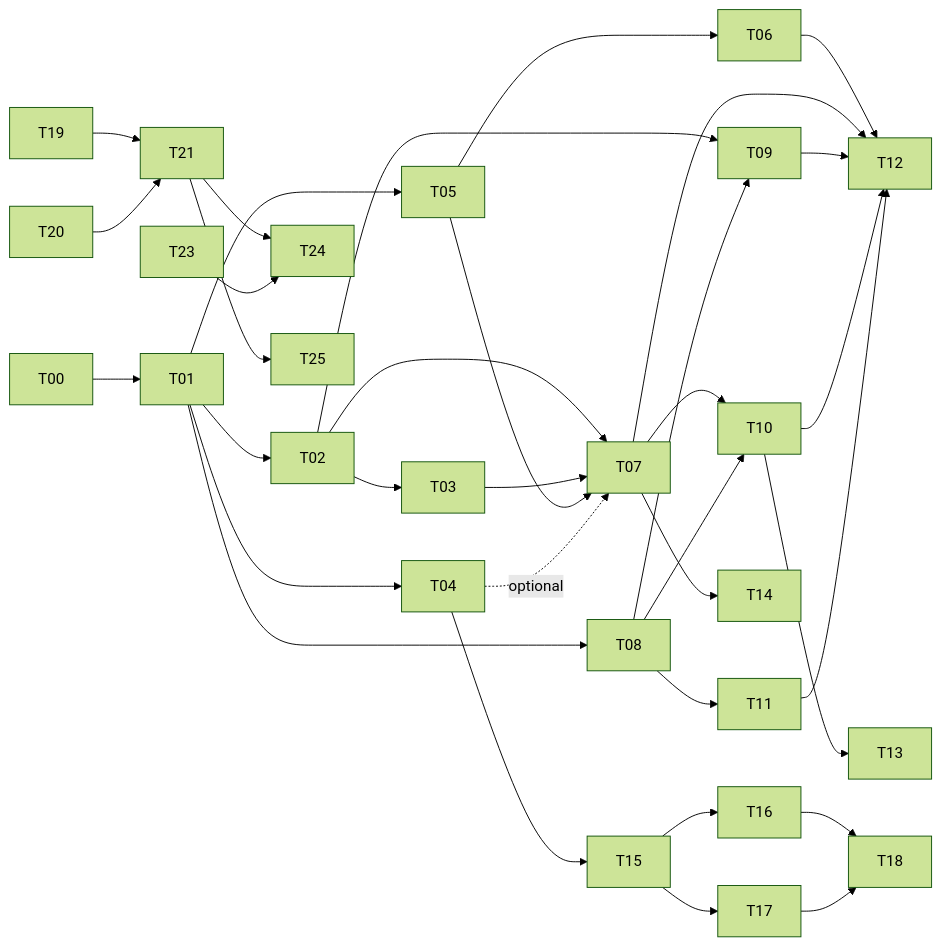
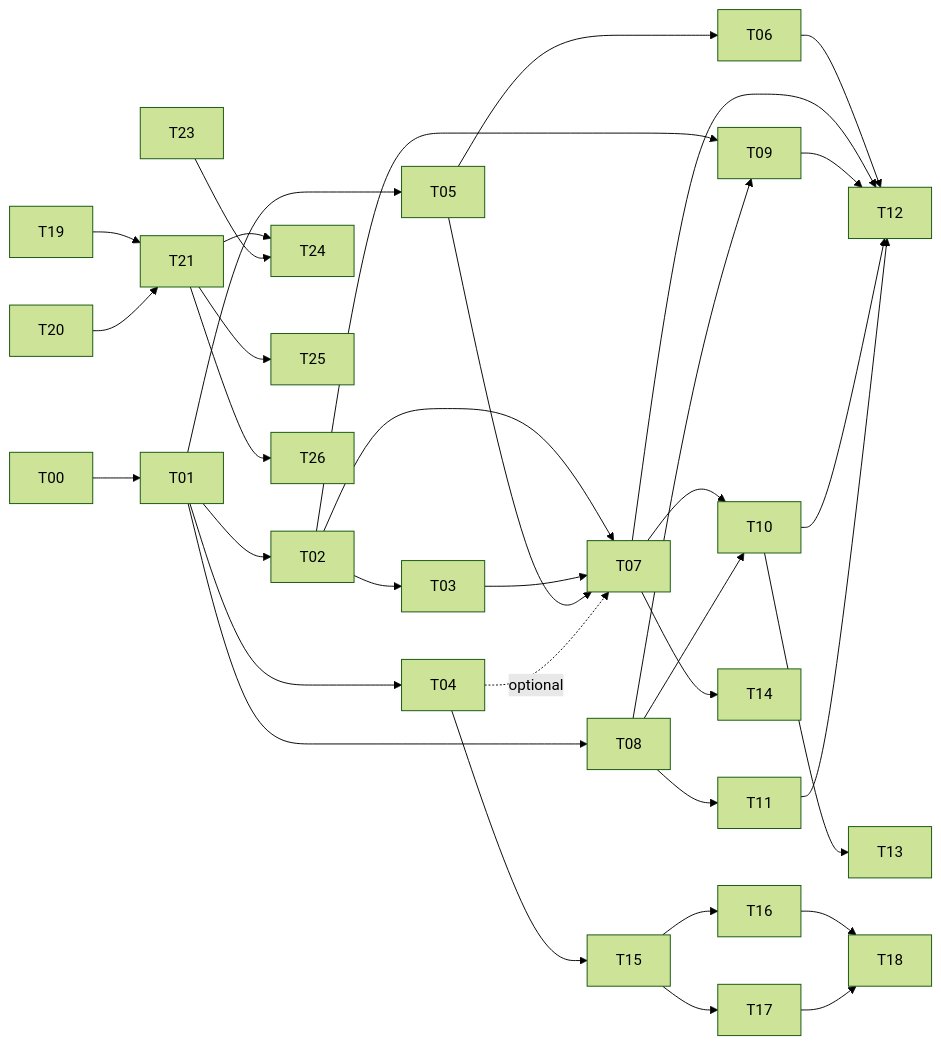
The diagram in tickets/README.md (ankur-paul/schedule-optimizer), drawn with Mermaid (forest theme) before and after one commit. The commit also changed other lines of this file and 1 other file, not shown here.

Commit message:
T26: claim, ticket for email confirmation on make admin and leave

````diff
--- a/tickets/README.md
+++ b/tickets/README.md
@@ -77,21 +78,22 @@
 ```mermaid
 graph LR
   T00 --> T01
   T01 --> T02 & T04 & T05 & T08
   T02 --> T03
   T05 --> T06
   T02 & T03 & T05 --> T07
   T04 -.optional.-> T07
   T02 & T08 --> T09
   T07 & T08 --> T10
   T08 --> T11
   T06 & T07 & T09 & T10 & T11 --> T12
   T10 --> T13
   T07 --> T14
   T04 --> T15
   T15 --> T16 & T17
   T16 & T17 --> T18
   T19 & T20 --> T21
   T21 & T23 --> T24
   T21 --> T25
+  T21 --> T26
 ```
````
